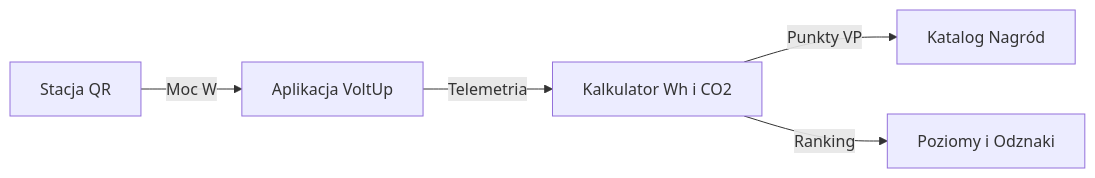
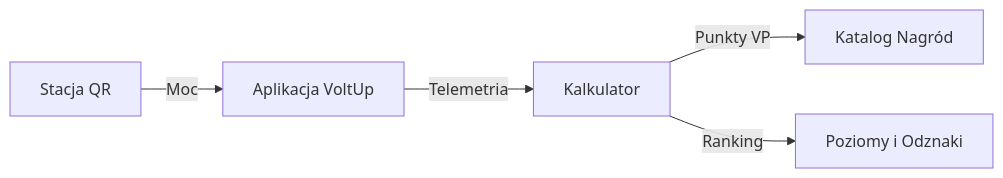
Before and after one commit to LukaszMatecki/HealthUp: the diagram in README.md, drawn with Mermaid. The commit also changed other lines of this file, not shown here.

````diff
--- a/README.md
+++ b/README.md
@@ -50,7 +58,7 @@
 ```mermaid
 flowchart LR
-    A["Stacja QR"] -->|Moc W| B["Aplikacja VoltUp"]
-    B -->|Telemetria| C["Kalkulator Wh i CO2"]
+    A["Stacja QR"] -->|Moc| B["Aplikacja VoltUp"]
+    B -->|Telemetria| C["Kalkulator"]
     C -->|Punkty VP| D["Katalog Nagród"]
     C -->|Ranking| E["Poziomy i Odznaki"]
 ```
````
